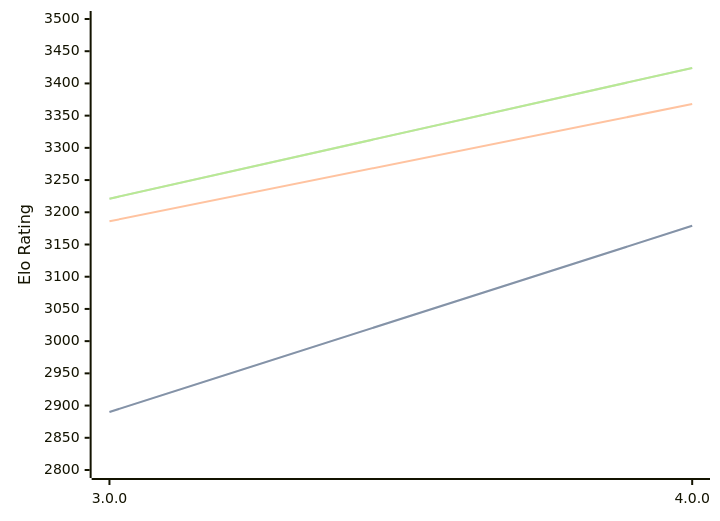
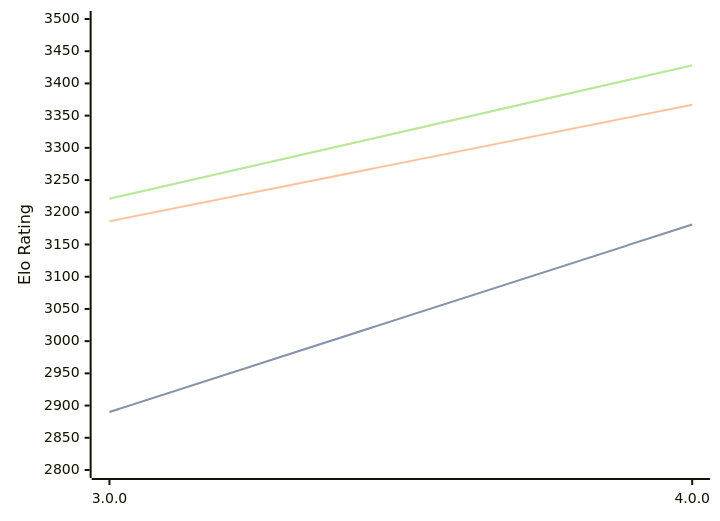
One commit to computer-chess-index/cci changed the diagram in engines/Avalanche.md. Above: the diagram before and after it, drawn with Mermaid. The commit also changed other lines of this file, not shown here.

Commit message:
Update CCI Ratings (ELO VLTC) - 2026-08-20

````diff
--- a/engines/Avalanche.md
+++ b/engines/Avalanche.md
@@ -32,11 +32,11 @@
 ```mermaid
 %%{init: {"theme":"base","themeVariables":{"seriesColors:['#a3a3a3','#222221','#faa371']}}}%%
 xychart-beta
   x-axis ["3.0.0", "4.0.0"]
   y-axis "Elo Rating" 2800 --> 3500
-  line "STC (8.0+0.08s)" [2890, 3179]
-  line "STC (8.0+0.08s)" [2890, 3179]
-  line "LTC (60.0+0.60s)" [3186, 3368]
-  line "VLTC (2m24s+1.12s)" [3221, 3424]
-  line "VLTC (2m24s+1.12s)" [3221, 3424]
+  line "STC (8.0+0.08s)" [2890, 3181]
+  line "STC (8.0+0.08s)" [2890, 3181]
+  line "LTC (60.0+0.60s)" [3186, 3367]
+  line "VLTC (2m24s+1.12s)" [3221, 3428]
+  line "VLTC (2m24s+1.12s)" [3221, 3428]
 ```
````
